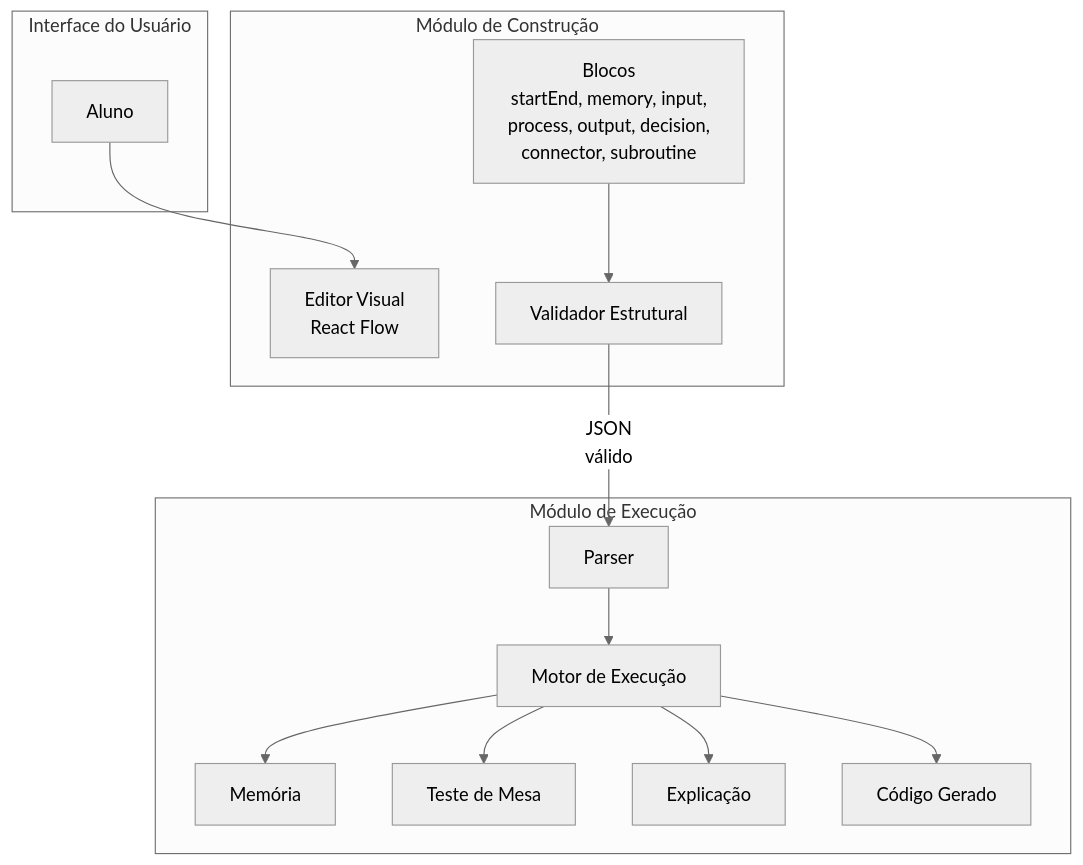
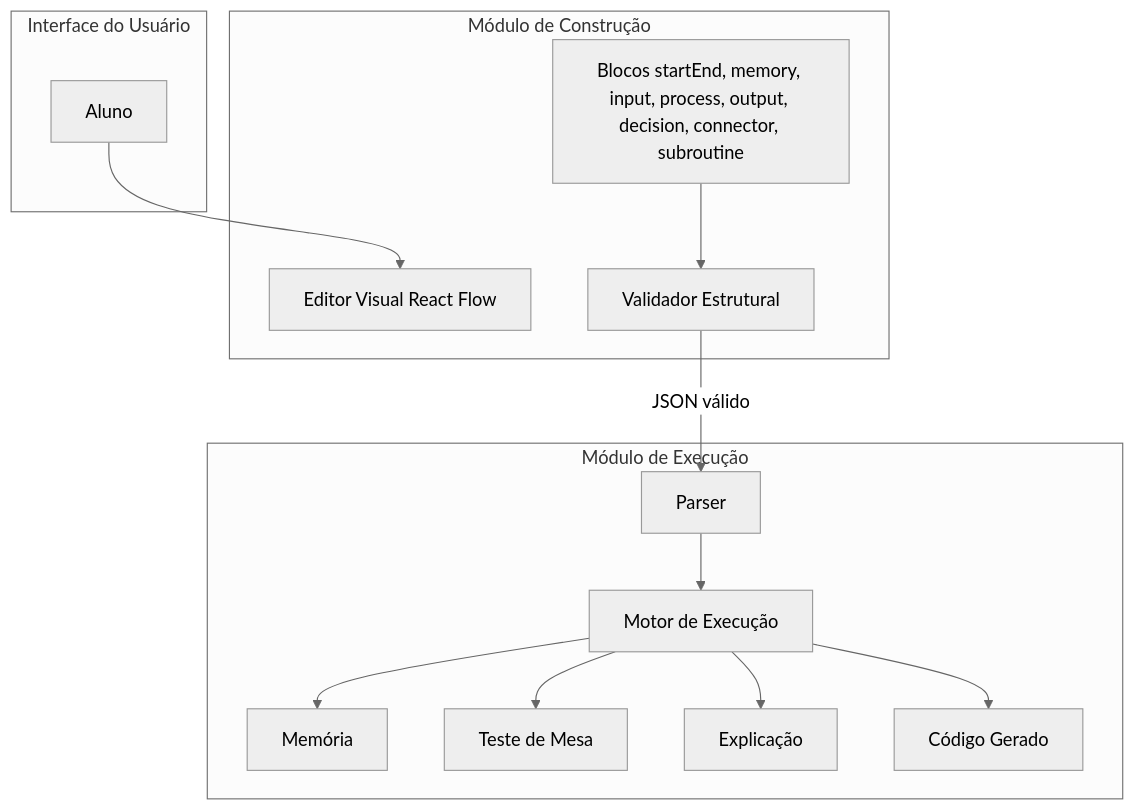
Before and after one commit to si-utfpr-gp/blade: the first of 7 diagrams in docs/ssd.md, drawn with Mermaid (neutral theme). The commit also changed other lines of this file, not shown here.

Commit message:
fix: remove br tags from mermaid blocks for GitHub rendering

````diff
--- a/docs/ssd.md
+++ b/docs/ssd.md
@@ -53,27 +53,27 @@
 ```mermaid
 graph TB
     subgraph UI["Interface do Usuário"]
         A[Aluno]
     end
     subgraph BUILDER["Módulo de Construção"]
-        B[Editor Visual<br/>React Flow]
-        C[Blocos<br/>startEnd, memory, input,<br/>process, output, decision,<br/>connector, subroutine]
+        B[Editor Visual React Flow]
+        C[Blocos startEnd, memory, input, process, output, decision, connector, subroutine]
         V[Validador Estrutural]
     end
     subgraph EXECUTION["Módulo de Execução"]
         D[Parser]
         E[Motor de Execução]
         F[Memória]
         G[Teste de Mesa]
         H[Explicação]
         I[Código Gerado]
     end
     A --> B
     C --> V
-    V -- "JSON<br/>válido" --> D
+    V -- "JSON válido" --> D
     D --> E
     E --> F
     E --> G
     E --> H
     E --> I
 ```
````
